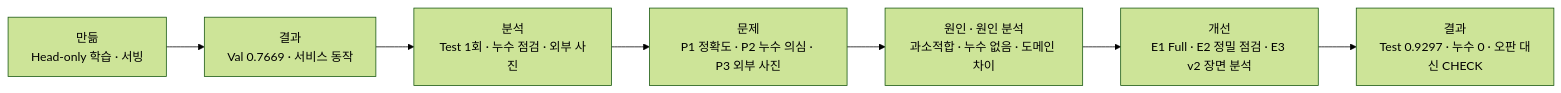
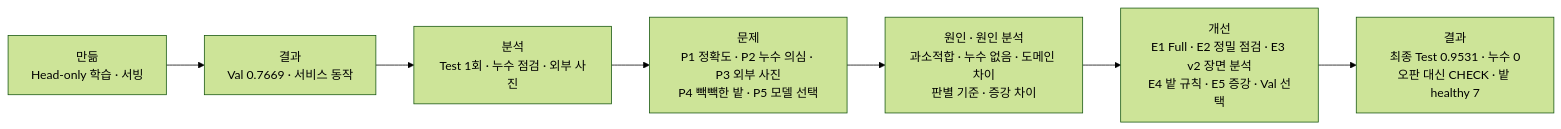
The first of 2 diagrams in reports/09_문제분석_개선보고서.md (sunghyunglee6334-web/fastapi-beans-resnet18-project), drawn with Mermaid (forest theme) before and after one commit. The commit also changed other lines of this file and 7 other files, not shown here.

````diff
--- a/reports/09_문제분석_개선보고서.md
+++ b/reports/09_문제분석_개선보고서.md
@@ -13,9 +15,9 @@
 ```mermaid
 flowchart LR
     A[만듦<br/>Head-only 학습 · 서빙] --> B[결과<br/>Val 0.7669 · 서비스 동작]
     B --> C[분석<br/>Test 1회 · 누수 점검 · 외부 사진]
-    C --> D[문제<br/>P1 정확도 · P2 누수 의심 · P3 외부 사진]
-    D --> E[원인 · 원인 분석<br/>과소적합 · 누수 없음 · 도메인 차이]
-    E --> F[개선<br/>E1 Full · E2 정밀 점검 · E3 v2 장면 분석]
-    F --> G[결과<br/>Test 0.9297 · 누수 0 · 오판 대신 CHECK]
+    C --> D[문제<br/>P1 정확도 · P2 누수 의심 · P3 외부 사진<br/>P4 빽빽한 밭 · P5 모델 선택]
+    D --> E[원인 · 원인 분석<br/>과소적합 · 누수 없음 · 도메인 차이<br/>판별 기준 · 증강 차이]
+    E --> F[개선<br/>E1 Full · E2 정밀 점검 · E3 v2 장면 분석<br/>E4 밭 규칙 · E5 증강 · Val 선택]
+    F --> G[결과<br/>최종 Test 0.9531 · 누수 0<br/>오판 대신 CHECK · 밭 healthy 7]
 ```
````
